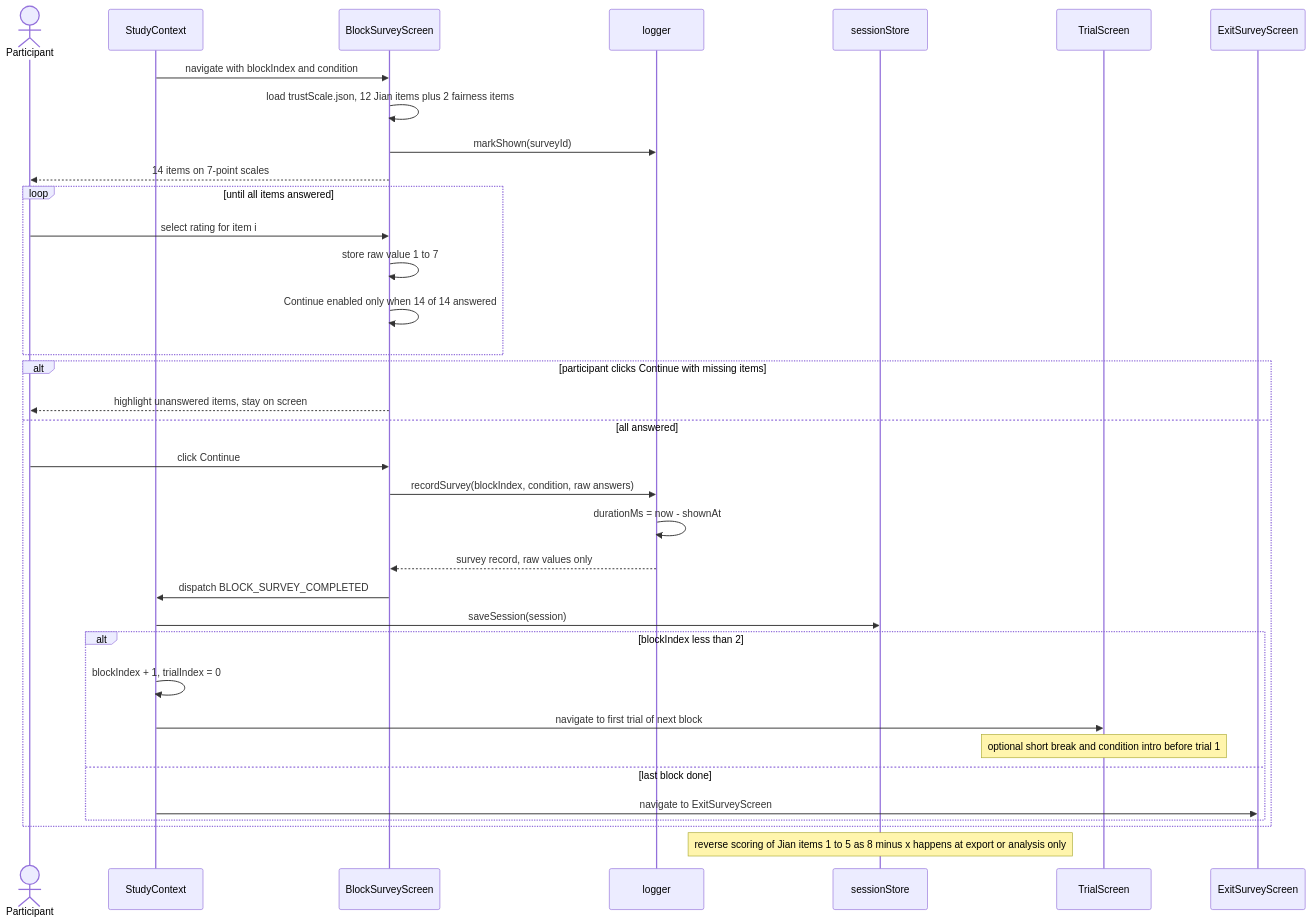
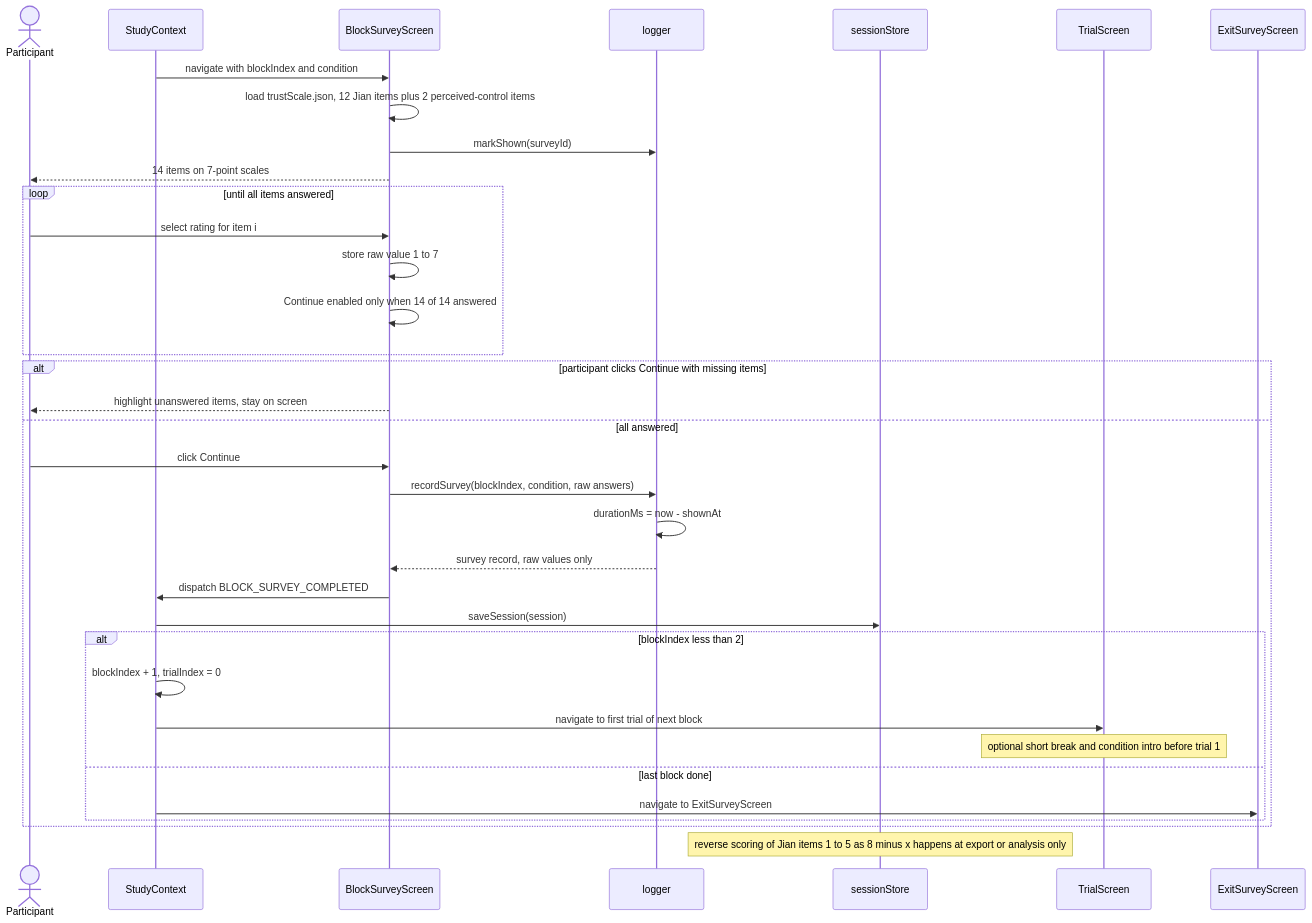
Before and after one commit to bibekgupta3333/HCI: the sixth of 8 diagrams in docs/sequence-diagrams.md, drawn with Mermaid. The commit also changed other lines of this file and 10 other files, not shown here.

````diff
--- a/docs/sequence-diagrams.md
+++ b/docs/sequence-diagrams.md
@@ -284,38 +287,38 @@
 ```mermaid
 sequenceDiagram
     actor P as Participant
     participant SC as StudyContext
     participant Survey as BlockSurveyScreen
     participant Log as logger
     participant SS as sessionStore
     participant Trial as TrialScreen
     participant Exit as ExitSurveyScreen
 
     SC->>Survey: navigate with blockIndex and condition
-    Survey->>Survey: load trustScale.json, 12 Jian items plus 2 fairness items
+    Survey->>Survey: load trustScale.json, 12 Jian items plus 2 perceived-control items
     Survey->>Log: markShown(surveyId)
     Survey-->>P: 14 items on 7-point scales
     loop until all items answered
         P->>Survey: select rating for item i
         Survey->>Survey: store raw value 1 to 7
         Survey->>Survey: Continue enabled only when 14 of 14 answered
     end
     alt participant clicks Continue with missing items
         Survey-->>P: highlight unanswered items, stay on screen
     else all answered
         P->>Survey: click Continue
         Survey->>Log: recordSurvey(blockIndex, condition, raw answers)
         Log->>Log: durationMs = now - shownAt
         Log-->>Survey: survey record, raw values only
         Survey->>SC: dispatch BLOCK_SURVEY_COMPLETED
         SC->>SS: saveSession(session)
         alt blockIndex less than 2
             SC->>SC: blockIndex + 1, trialIndex = 0
             SC->>Trial: navigate to first trial of next block
             Note over Trial: optional short break and condition intro before trial 1
         else last block done
             SC->>Exit: navigate to ExitSurveyScreen
         end
     end
     Note over SS: reverse scoring of Jian items 1 to 5 as 8 minus x happens at export or analysis only
 ```
````
